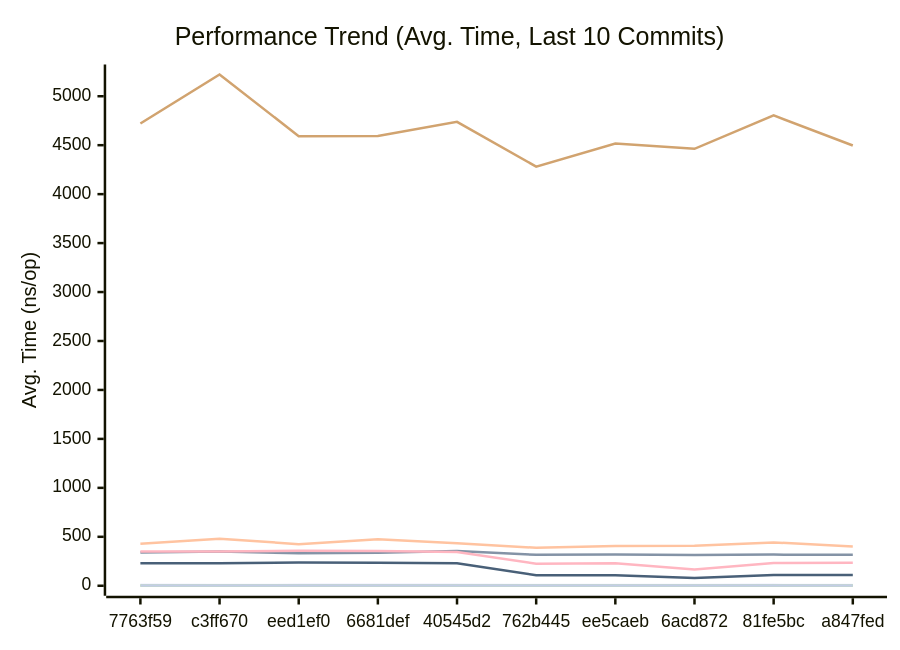
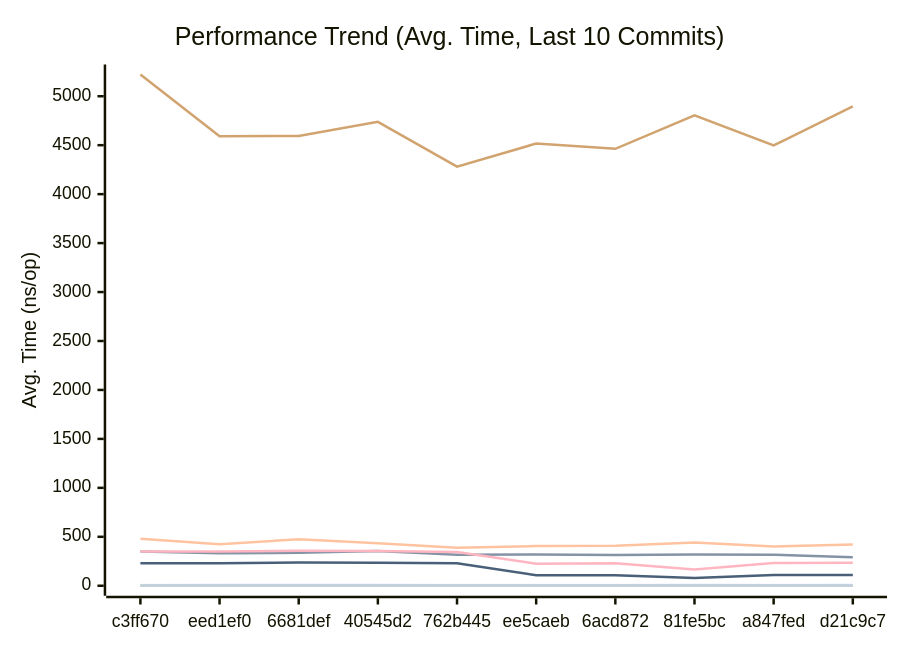
One commit to alsotoes/momo changed the first of 3 diagrams in docs/PERFORMANCE.md. Above: the diagram before and after it, drawn with Mermaid. The commit also changed other lines of this file and 2 other files, not shown here.

````diff
--- a/docs/PERFORMANCE.md
+++ b/docs/PERFORMANCE.md
@@ -80,16 +80,16 @@
 ```mermaid
 xychart-beta
     title "Performance Trend (Avg. Time, Last 10 Commits)"
     x-axis "Commit"
     y-axis "Avg. Time (ns/op)"
-    x-axis [7763f59,c3ff670,eed1ef0,6681def,40545d2,762b445,ee5caeb,6acd872,81fe5bc,a847fed]
-    line "CheckMetricsAndSwap" [9,8,9,10,9,7,8,8,9,8]
-    line "CrushOptimized" [340,351,332,337,356,316,320,315,318,317]
-    line "CrushOriginal" [429,480,425,474,434,388,406,408,443,400]
+    x-axis [c3ff670,eed1ef0,6681def,40545d2,762b445,ee5caeb,6acd872,81fe5bc,a847fed,d21c9c7]
+    line "CheckMetricsAndSwap" [8,9,10,9,7,8,8,9,8,9]
+    line "CrushOptimized" [351,332,337,356,316,320,315,318,317,290]
+    line "CrushOriginal" [480,425,474,434,388,406,408,443,400,422]
     line "IndexDirectTracking" [0,0,0,0,0,0,0,0,0,0]
     line "IndexSearch" [2,2,2,2,2,2,2,2,2,2]
-    line "LoadGlobalConfig" [4721,5222,4592,4595,4739,4281,4517,4463,4804,4497]
+    line "LoadGlobalConfig" [5222,4592,4595,4739,4281,4517,4463,4804,4497,4897]
     line "PadString" [2,2,2,2,2,2,2,2,2,2]
     line "ParseReplicationOrder_NoPrealloc" [350,349,357,354,345,225,229,165,232,234]
     line "ParseReplicationOrder_Prealloc" [229,231,237,234,229,108,107,80,110,109]
 ```
````
